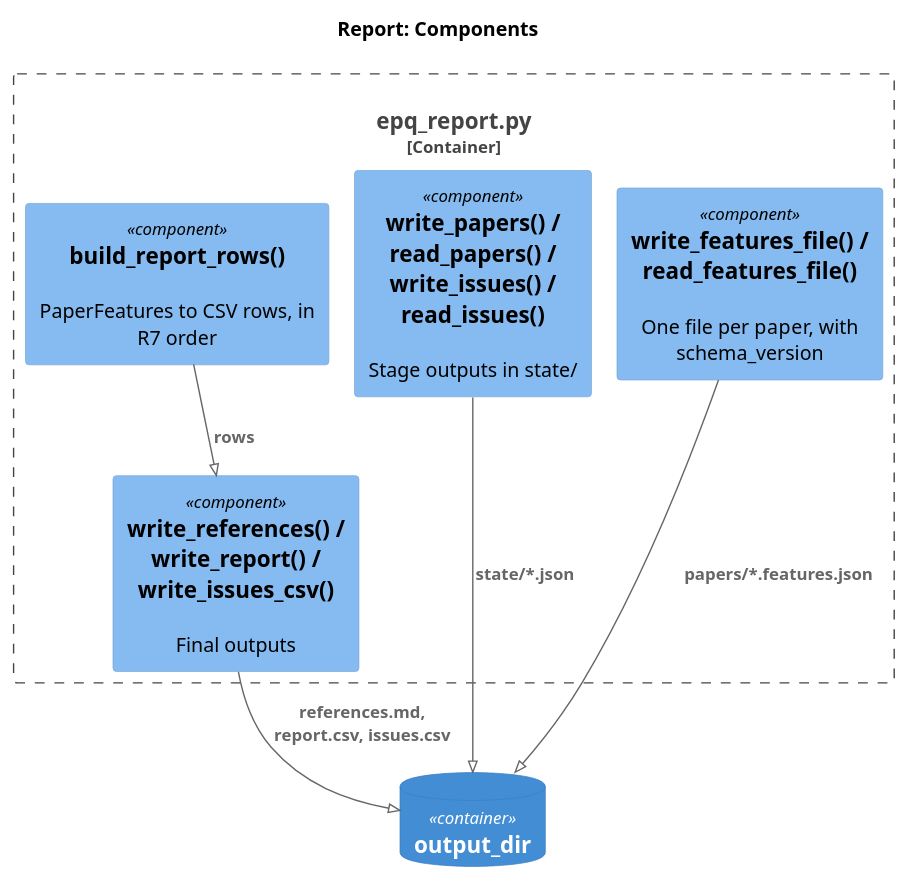
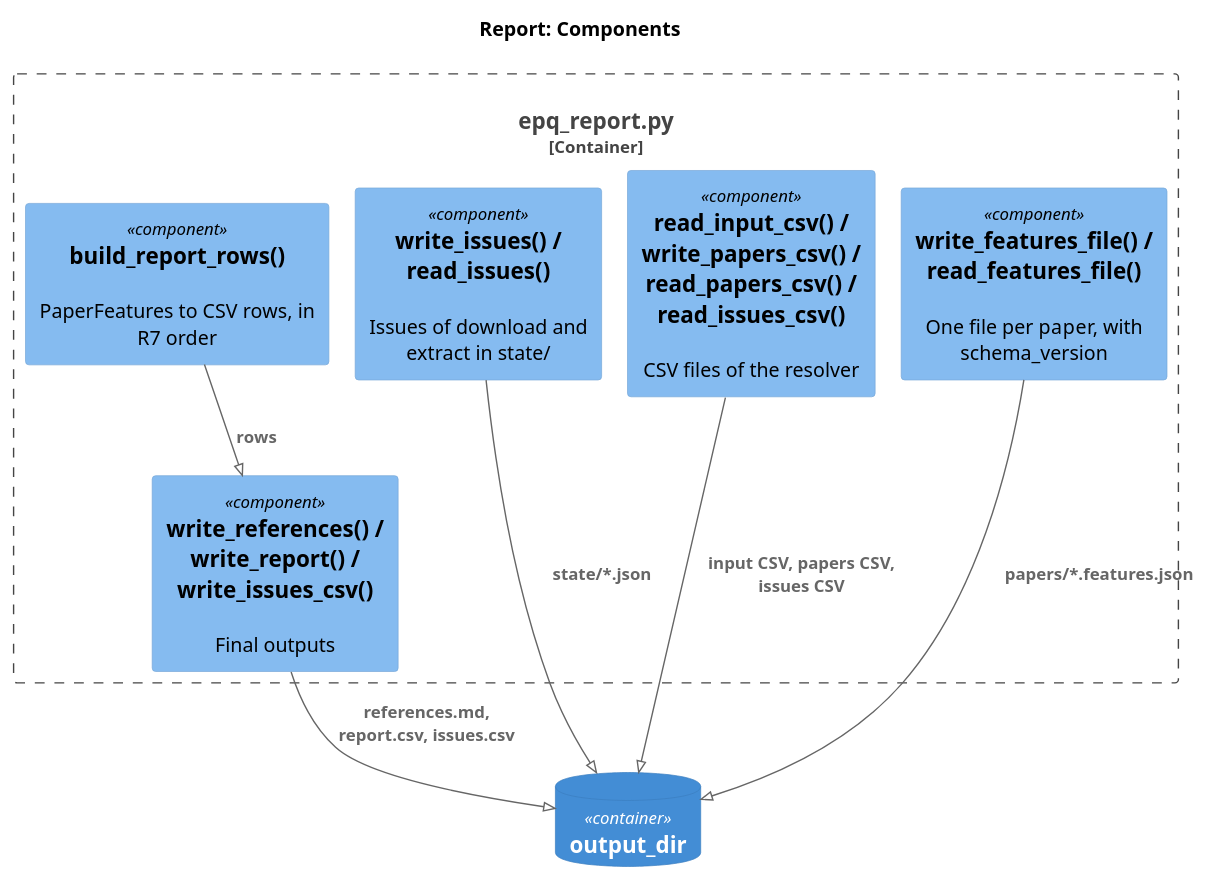
Before and after one commit to gpsaggese/gpsaggese.github.io: the diagram in research/Estimate_academic_paper_quality/docs/02.7-design.report.md, drawn with PlantUML. The commit also changed other lines of this file and 20 other files, not shown here.

````diff
--- a/research/Estimate_academic_paper_quality/docs/02.7-design.report.md
+++ b/research/Estimate_academic_paper_quality/docs/02.7-design.report.md
@@ -35,17 +37,19 @@
 ```plantuml
 !pragma layout smetana
 !include <C4/C4_Component>
 LAYOUT_TOP_DOWN()
 title Report: Components
 Container_Boundary(r, "epq_report.py") {
-  Component(state, "write_papers() / read_papers() / write_issues() / read_issues()", "", "Stage outputs in state/")
+  Component(state, "write_issues() / read_issues()", "", "Issues of download and extract in state/")
+  Component(csvs, "read_input_csv() / write_papers_csv() / read_papers_csv() / read_issues_csv()", "", "CSV files of the resolver")
   Component(feat, "write_features_file() / read_features_file()", "", "One file per paper, with schema_version")
   Component(rows, "build_report_rows()", "", "PaperFeatures to CSV rows, in R7 order")
   Component(out, "write_references() / write_report() / write_issues_csv()", "", "Final outputs")
 }
 ContainerDb(dir, "output_dir", "", "")
 Rel(state, dir, "state/*.json")
+Rel(csvs, dir, "input CSV, papers CSV, issues CSV")
 Rel(feat, dir, "papers/*.features.json")
 Rel(rows, out, "rows")
 Rel(out, dir, "references.md, report.csv, issues.csv")
 ```
````
